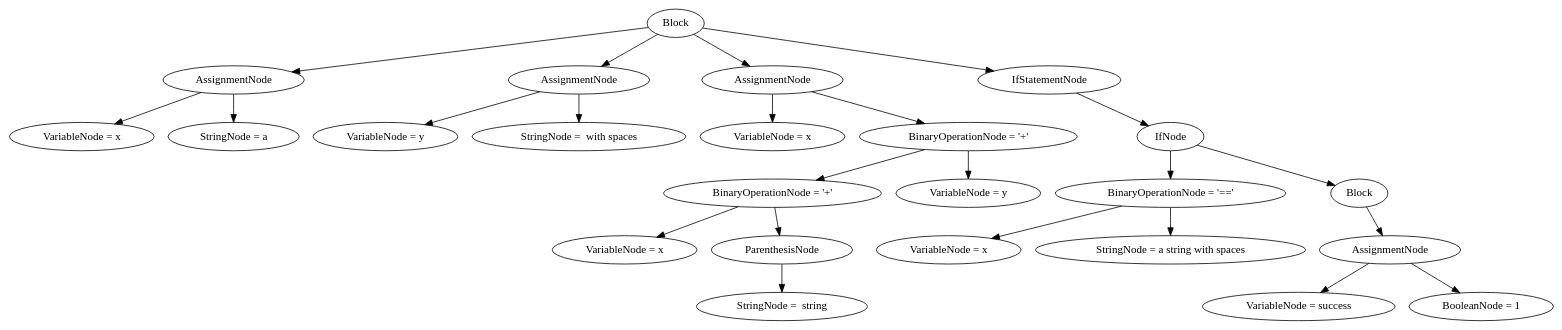
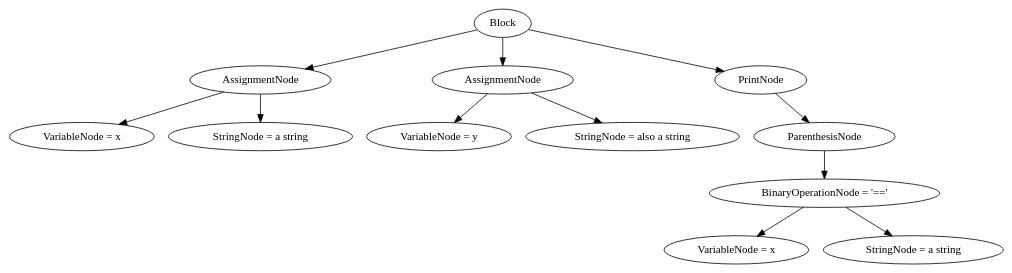
Before and after one commit to Insanious/Lua-compiler: the diagram in graph.dot, drawn with Graphviz. The commit also changed 10 other files, not shown here.

```diff
--- a/graph.dot
+++ b/graph.dot
@@ -1,49 +1,25 @@
 digraph { 
 	0 [label="Block"];
 	1 [label="AssignmentNode"];
 	0 -> 1
 	2 [label="AssignmentNode"];
 	0 -> 2
-	3 [label="AssignmentNode"];
+	3 [label="PrintNode"];
 	0 -> 3
-	4 [label="IfStatementNode"];
-	0 -> 4
-	5 [label="VariableNode = x"];
+	4 [label="VariableNode = x"];
+	1 -> 4
+	5 [label="StringNode = a string "];
 	1 -> 5
-	6 [label="StringNode = a"];
-	1 -> 6
-	7 [label="VariableNode = y"];
+	6 [label="VariableNode = y"];
+	2 -> 6
+	7 [label="StringNode = also a string"];
 	2 -> 7
-	8 [label="StringNode =  with spaces"];
-	2 -> 8
-	9 [label="VariableNode = x"];
-	3 -> 9
-	10 [label="BinaryOperationNode = '+'"];
-	3 -> 10
-	11 [label="IfNode"];
-	4 -> 11
-	12 [label="BinaryOperationNode = '+'"];
-	10 -> 12
-	13 [label="VariableNode = y"];
-	10 -> 13
-	14 [label="BinaryOperationNode = '=='"];
-	11 -> 14
-	15 [label="Block"];
-	11 -> 15
-	16 [label="VariableNode = x"];
-	12 -> 16
-	17 [label="ParenthesisNode"];
-	12 -> 17
-	18 [label="VariableNode = x"];
-	14 -> 18
-	19 [label="StringNode = a string with spaces"];
-	14 -> 19
-	20 [label="AssignmentNode"];
-	15 -> 20
-	21 [label="StringNode =  string"];
-	17 -> 21
-	22 [label="VariableNode = success"];
-	20 -> 22
-	23 [label="BooleanNode = 1"];
-	20 -> 23
+	8 [label="ParenthesisNode"];
+	3 -> 8
+	9 [label="BinaryOperationNode = '=='"];
+	8 -> 9
+	10 [label="VariableNode = x"];
+	9 -> 10
+	11 [label="StringNode = a string"];
+	9 -> 11
 }
```
